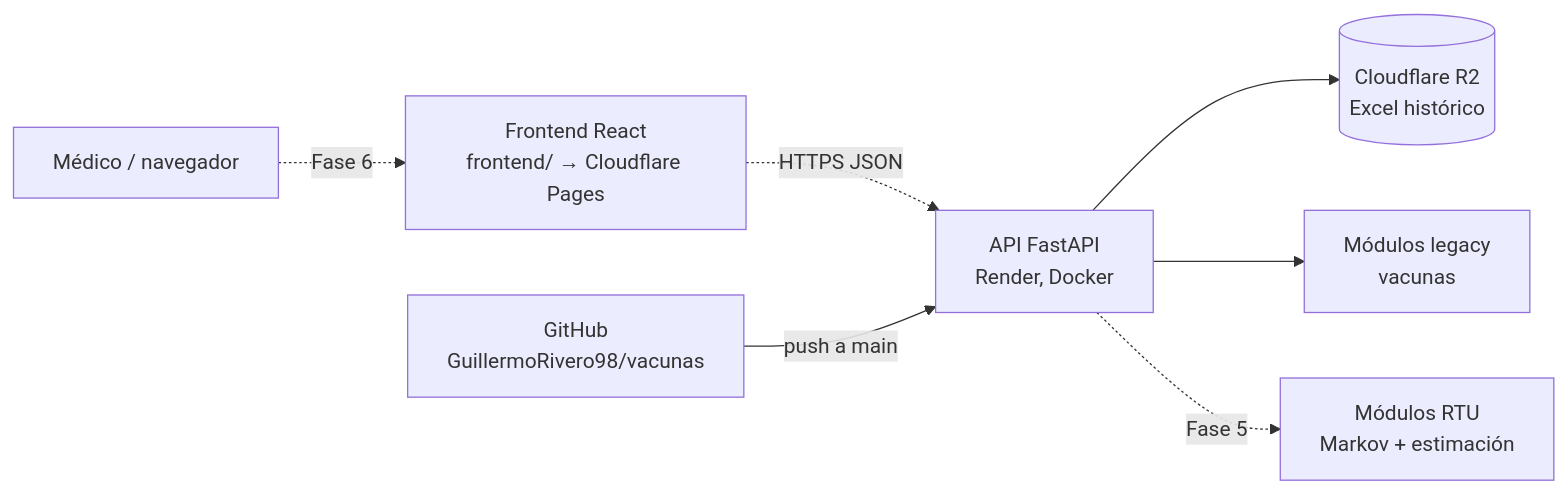
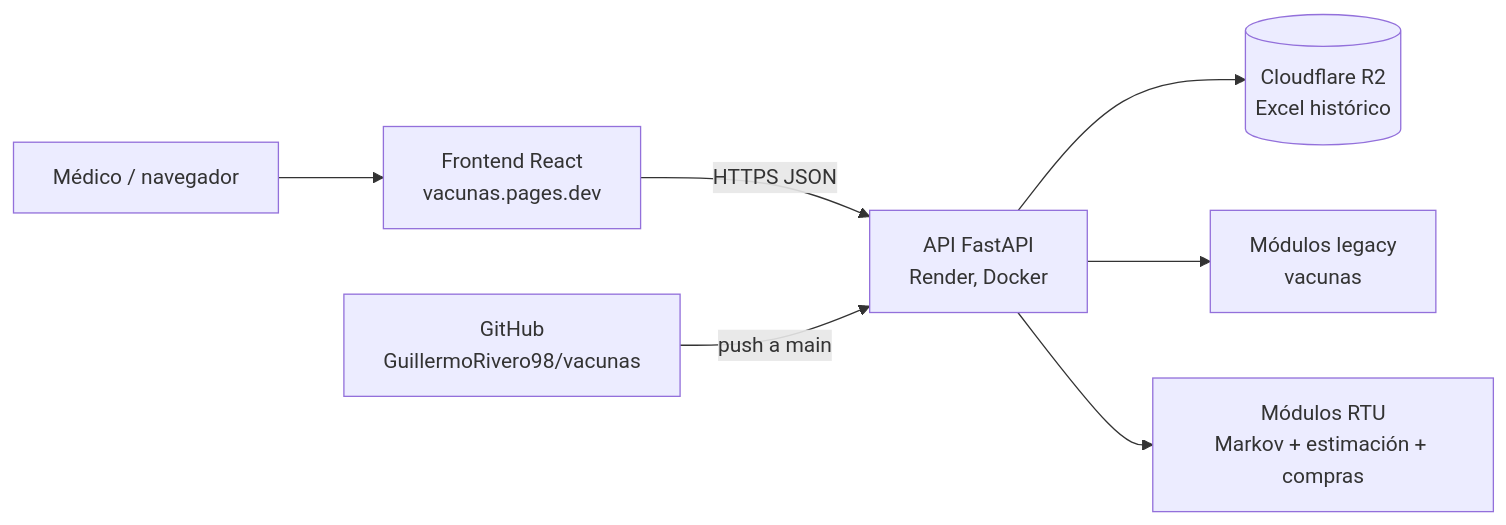
The first of 2 diagrams in README.md (GuillermoRivero98/vacunas), drawn with Mermaid before and after one commit. The commit also changed other lines of this file and 2 other files, not shown here.

Commit message:
Cierre fase 6: aviso ante 404 y API por defecto; README con deploy y lecciones

````diff
--- a/README.md
+++ b/README.md
@@ -148,9 +148,9 @@
 ```mermaid
 flowchart LR
-    U[Médico / navegador] -.->|Fase 6| FE[Frontend React<br/>frontend/ → Cloudflare Pages]
-    FE -.->|HTTPS JSON| API[API FastAPI<br/>Render, Docker]
+    U[Médico / navegador] --> FE[Frontend React<br/>vacunas.pages.dev]
+    FE -->|HTTPS JSON| API[API FastAPI<br/>Render, Docker]
     API --> R2[(Cloudflare R2<br/>Excel histórico)]
     API --> LEG[Módulos legacy<br/>vacunas]
-    API -.->|Fase 5| RTU[Módulos RTU<br/>Markov + estimación]
+    API --> RTU[Módulos RTU<br/>Markov + estimación + compras]
     GH[GitHub<br/>GuillermoRivero98/vacunas] -->|push a main| API
 ```
````
